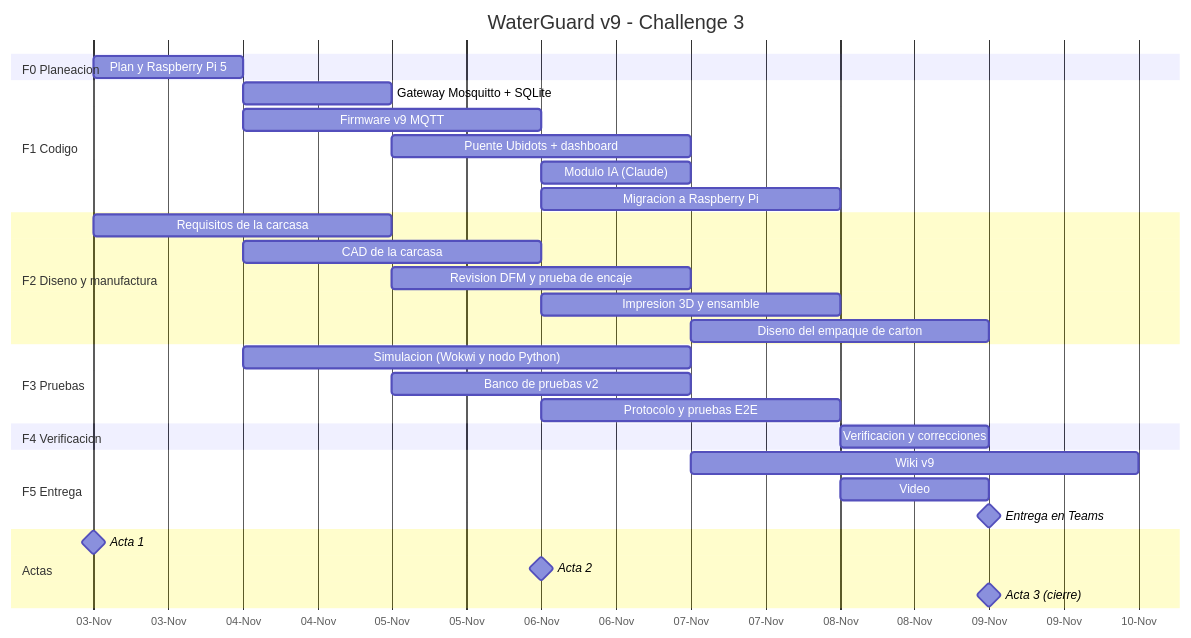
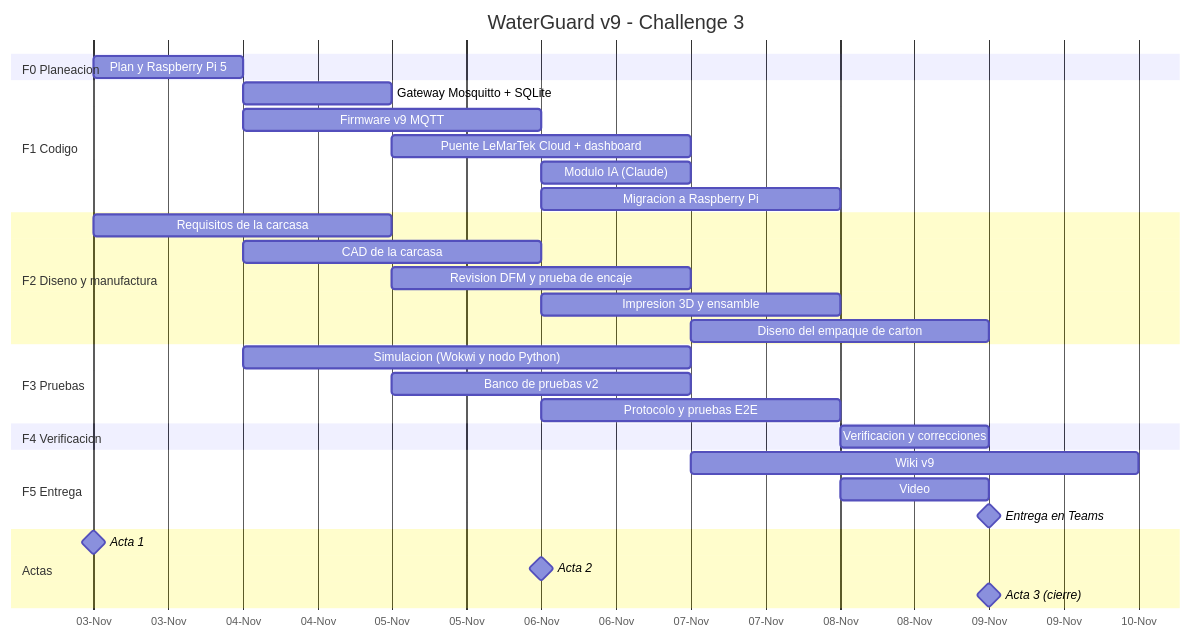
One commit to Juan100205/IOTPROYECTOFINAL3CORTE changed the second of 2 diagrams in wiki/0.-Plan-del-Challenge-3.md. Above: the diagram before and after it, drawn with Mermaid. The commit also changed other lines of this file and 24 other files, not shown here.

Commit message:
Gateway: alerta critica por falla de SQLite con retencion ordenada; wiki y README alineados con lo construido (LeMarTek Cloud, topicos, carcasa MDF)

````diff
--- a/wiki/0.-Plan-del-Challenge-3.md
+++ b/wiki/0.-Plan-del-Challenge-3.md
@@ -184,34 +184,34 @@
 ```mermaid
 gantt
   title WaterGuard v9 - Challenge 3
   dateFormat YYYY-MM-DD
   axisFormat %d-%b
   section F0 Planeacion
   Plan y Raspberry Pi 5               :f0, 2026-11-03, 1d
   section F1 Codigo
   Gateway Mosquitto + SQLite          :f1a, 2026-11-04, 1d
   Firmware v9 MQTT                    :f1b, 2026-11-04, 2d
-  Puente Ubidots + dashboard          :f1c, 2026-11-05, 2d
+  Puente LeMarTek Cloud + dashboard          :f1c, 2026-11-05, 2d
   Modulo IA (Claude)                  :f1d, 2026-11-06, 1d
   Migracion a Raspberry Pi            :f1e, 2026-11-06, 2d
   section F2 Diseno y manufactura
   Requisitos de la carcasa            :f2a, 2026-11-03, 2d
   CAD de la carcasa                   :f2b, 2026-11-04, 2d
   Revision DFM y prueba de encaje     :f2c, 2026-11-05, 2d
   Impresion 3D y ensamble             :f2d, 2026-11-06, 2d
   Diseno del empaque de carton        :f2e, 2026-11-07, 2d
   section F3 Pruebas
   Simulacion (Wokwi y nodo Python)    :f3a, 2026-11-04, 3d
   Banco de pruebas v2                 :f3b, 2026-11-05, 2d
   Protocolo y pruebas E2E             :f3c, 2026-11-06, 2d
   section F4 Verificacion
   Verificacion y correcciones         :f4, 2026-11-08, 1d
   section F5 Entrega
   Wiki v9                             :f5a, 2026-11-07, 3d
   Video                               :f5b, 2026-11-08, 1d
   Entrega en Teams                    :milestone, f5c, 2026-11-09, 0d
   section Actas
   Acta 1                              :milestone, a1, 2026-11-03, 0d
   Acta 2                              :milestone, a2, 2026-11-06, 0d
   Acta 3 (cierre)                     :milestone, a3, 2026-11-09, 0d
 ```
````
